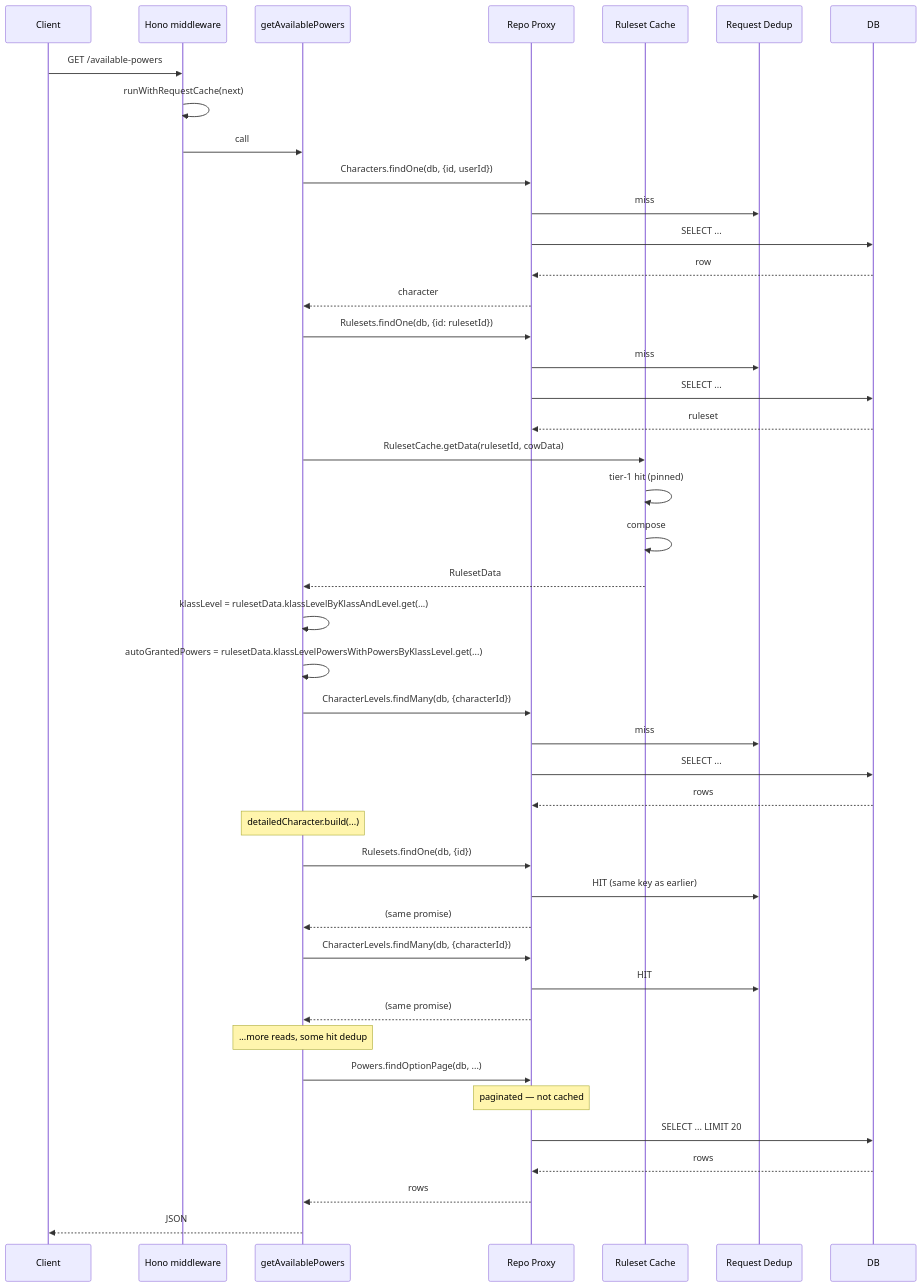
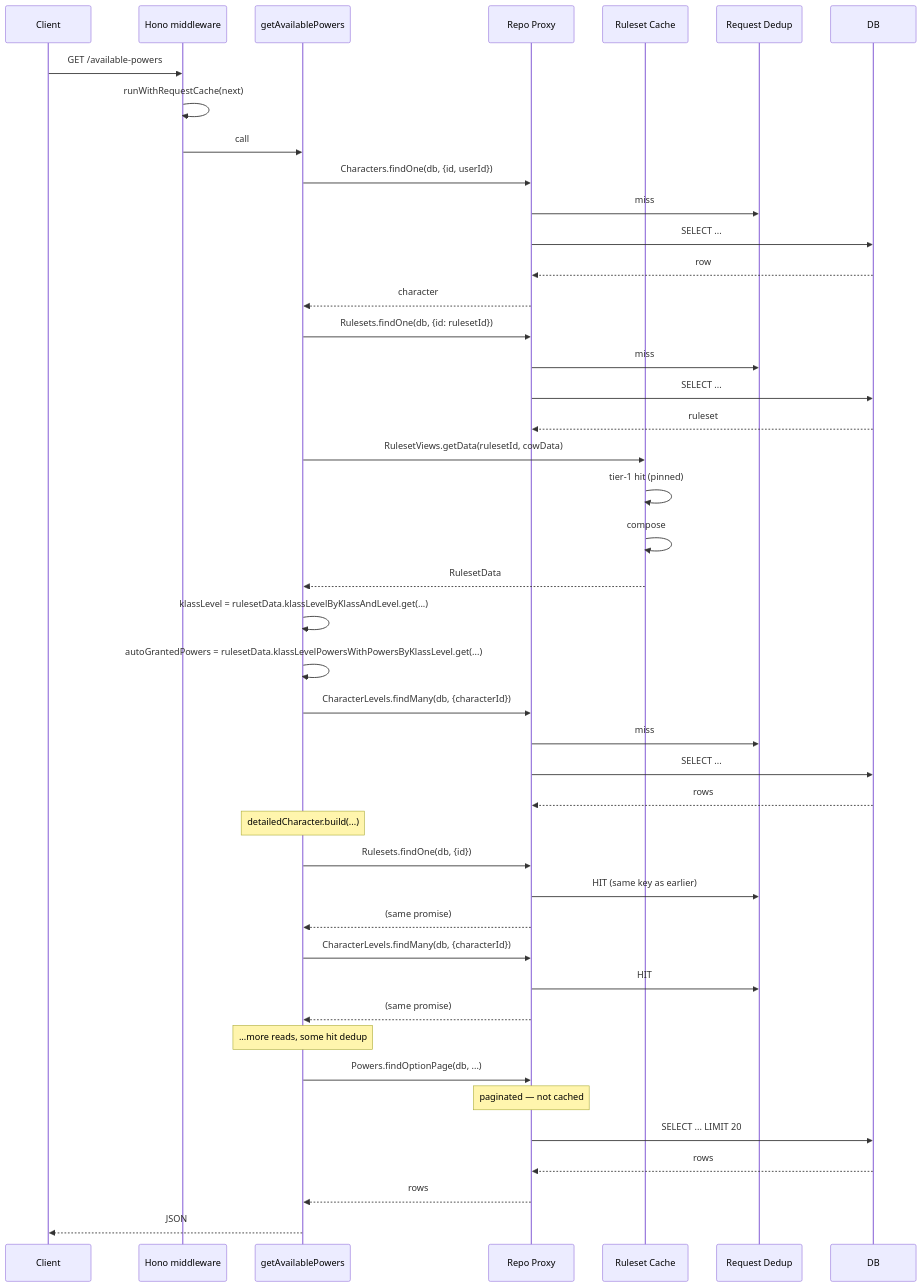
One commit to PhilippeChab/arkyvree changed the seventh of 7 diagrams in docs/caching.md. Above: the diagram before and after it, drawn with Mermaid. The commit also changed other lines of this file and 103 other files, not shown here.

````diff
--- a/docs/caching.md
+++ b/docs/caching.md
@@ -418,55 +418,55 @@
 ```mermaid
 sequenceDiagram
     participant Client
     participant Middle as Hono middleware
     participant Svc as getAvailablePowers
     participant Repo as Repo Proxy
     participant RS as Ruleset Cache
     participant Dedup as Request Dedup
     participant DB
 
     Client->>Middle: GET /available-powers
     Middle->>Middle: runWithRequestCache(next)
     Middle->>Svc: call
     Svc->>Repo: Characters.findOne(db, {id, userId})
     Repo->>Dedup: miss
     Repo->>DB: SELECT ...
     DB-->>Repo: row
     Repo-->>Svc: character
 
     Svc->>Repo: Rulesets.findOne(db, {id: rulesetId})
     Repo->>Dedup: miss
     Repo->>DB: SELECT ...
     DB-->>Repo: ruleset
 
-    Svc->>RS: RulesetCache.getData(rulesetId, cowData)
+    Svc->>RS: RulesetViews.getData(rulesetId, cowData)
     RS->>RS: tier-1 hit (pinned)
     RS->>RS: compose
     RS-->>Svc: RulesetData
 
     Svc->>Svc: klassLevel = rulesetData.klassLevelByKlassAndLevel.get(...)
     Svc->>Svc: autoGrantedPowers = rulesetData.klassLevelPowersWithPowersByKlassLevel.get(...)
 
     Svc->>Repo: CharacterLevels.findMany(db, {characterId})
     Repo->>Dedup: miss
     Repo->>DB: SELECT ...
     DB-->>Repo: rows
 
     Note over Svc: detailedCharacter.build(...)
     Svc->>Repo: Rulesets.findOne(db, {id})
     Repo->>Dedup: HIT (same key as earlier)
     Repo-->>Svc: (same promise)
 
     Svc->>Repo: CharacterLevels.findMany(db, {characterId})
     Repo->>Dedup: HIT
     Repo-->>Svc: (same promise)
 
     Note over Svc: ...more reads, some hit dedup
 
     Svc->>Repo: Powers.findOptionPage(db, ...)
     Note over Repo: paginated — not cached
     Repo->>DB: SELECT ... LIMIT 20
     DB-->>Repo: rows
     Repo-->>Svc: rows
     Svc-->>Client: JSON
 ```
````
